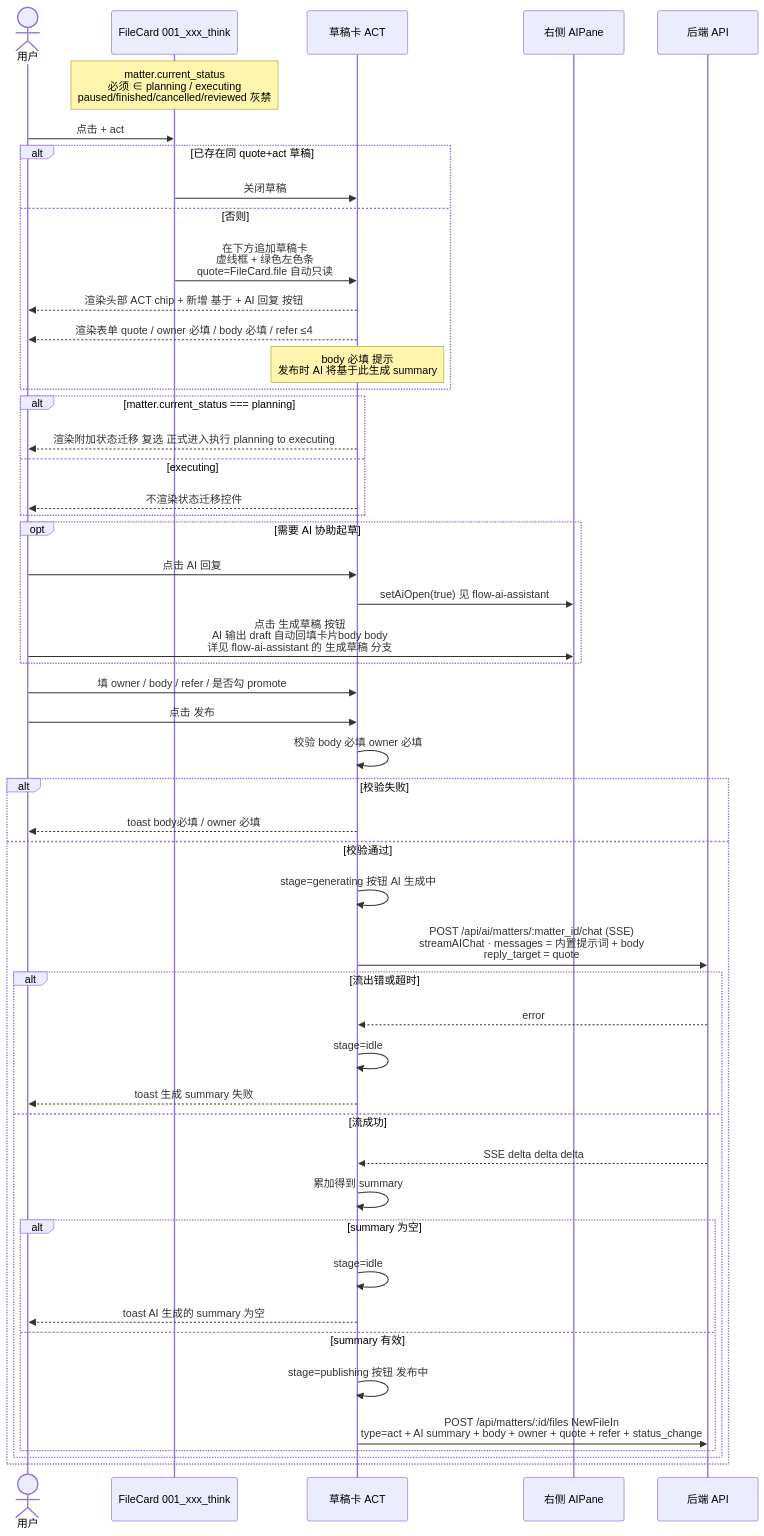
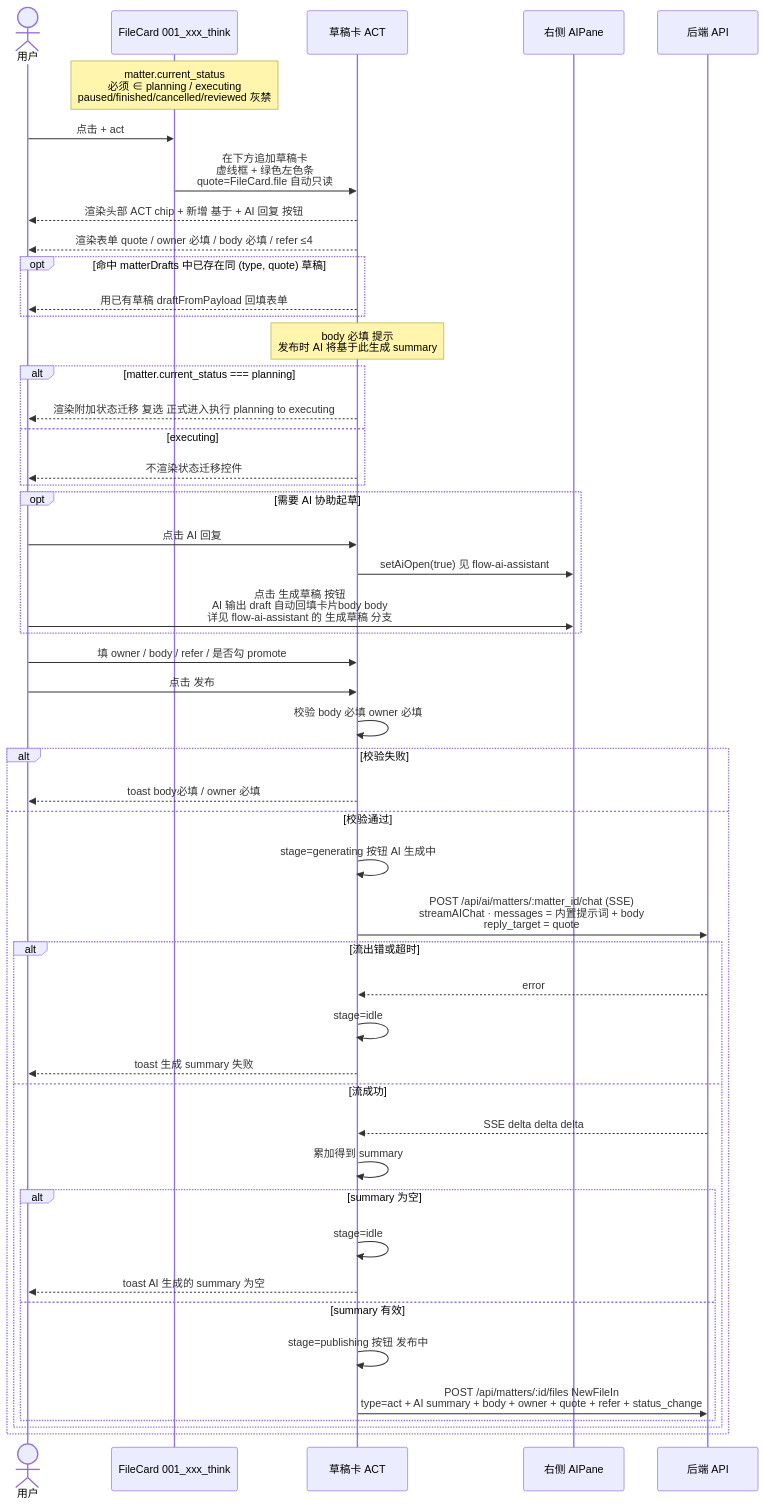
Before and after one commit to Tjk666Tjk6660/team-pivot-web: the diagram in AI-docs/workflow-interaction/flow-act-card.md, drawn with Mermaid. The commit also changed 6 other files, not shown here.

Commit message:
docs(matter): add workflow-interaction sequence diagram

````diff
--- a/AI-docs/workflow-interaction/flow-act-card.md
+++ b/AI-docs/workflow-interaction/flow-act-card.md
@@ -9,60 +9,59 @@
 ```mermaid
 sequenceDiagram
   actor U as 用户
   participant FC as FileCard 001_xxx_think
   participant DC as 草稿卡 ACT
   participant AP as 右侧 AIPane
   participant API as 后端 API
 
   Note over FC: matter.current_status<br/>必须 ∈ planning / executing<br/>paused/finished/cancelled/reviewed 灰禁
 
   U->>FC: 点击 + act
-  alt 已存在同 quote+act 草稿
-    FC->>DC: 关闭草稿
-  else 否则
-    FC->>DC: 在下方追加草稿卡<br/>虚线框 + 绿色左色条<br/>quote=FileCard.file 自动只读
-    DC-->>U: 渲染头部 ACT chip + 新增 基于 + AI 回复 按钮
-    DC-->>U: 渲染表单 quote / owner 必填 / body 必填 / refer ≤4
-    Note over DC: body 必填 提示<br/>发布时 AI 将基于此生成 summary
+  FC->>DC: 在下方追加草稿卡<br/>虚线框 + 绿色左色条<br/>quote=FileCard.file 自动只读
+  DC-->>U: 渲染头部 ACT chip + 新增 基于 + AI 回复 按钮
+  DC-->>U: 渲染表单 quote / owner 必填 / body 必填 / refer ≤4
+  opt 命中 matterDrafts 中已存在同 (type, quote) 草稿
+    DC-->>U: 用已有草稿 draftFromPayload 回填表单
   end
+  Note over DC: body 必填 提示<br/>发布时 AI 将基于此生成 summary
 
   alt matter.current_status === planning
     DC-->>U: 渲染附加状态迁移 复选 正式进入执行 planning to executing
   else executing
     DC-->>U: 不渲染状态迁移控件
   end
 
   opt 需要 AI 协助起草
     U->>DC: 点击 AI 回复
     DC->>AP: setAiOpen(true) 见 flow-ai-assistant
     U->>AP: 点击 生成草稿 按钮<br/>AI 输出 draft 自动回填卡片body body<br/>详见 flow-ai-assistant 的 生成草稿 分支
   end
 
   U->>DC: 填 owner / body / refer / 是否勾 promote
   U->>DC: 点击 发布
 
   DC->>DC: 校验 body 必填 owner 必填
   alt 校验失败
     DC-->>U: toast body必填 / owner 必填
   else 校验通过
     DC->>DC: stage=generating 按钮 AI 生成中
 
     DC->>API: POST /api/ai/matters/:matter_id/chat (SSE)<br/>streamAIChat · messages = 内置提示词 + body<br/>reply_target = quote
     alt 流出错或超时
       API-->>DC: error
       DC->>DC: stage=idle
       DC-->>U: toast 生成 summary 失败
     else 流成功
       API-->>DC: SSE delta delta delta
       DC->>DC: 累加得到 summary
 
       alt summary 为空
         DC->>DC: stage=idle
         DC-->>U: toast AI 生成的 summary 为空
       else summary 有效
         DC->>DC: stage=publishing 按钮 发布中
         DC->>API: POST /api/matters/:id/files NewFileIn<br/>type=act + AI summary + body + owner + quote + refer + status_change
       end
     end
   end
 ```
````
